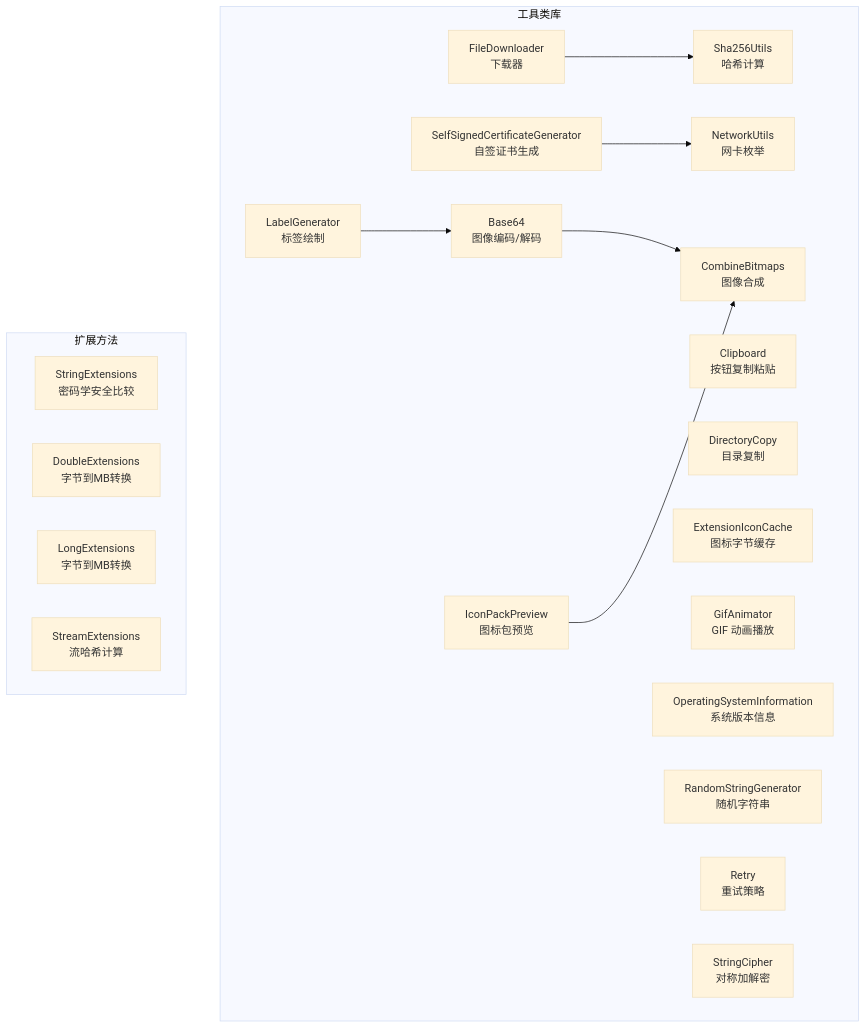
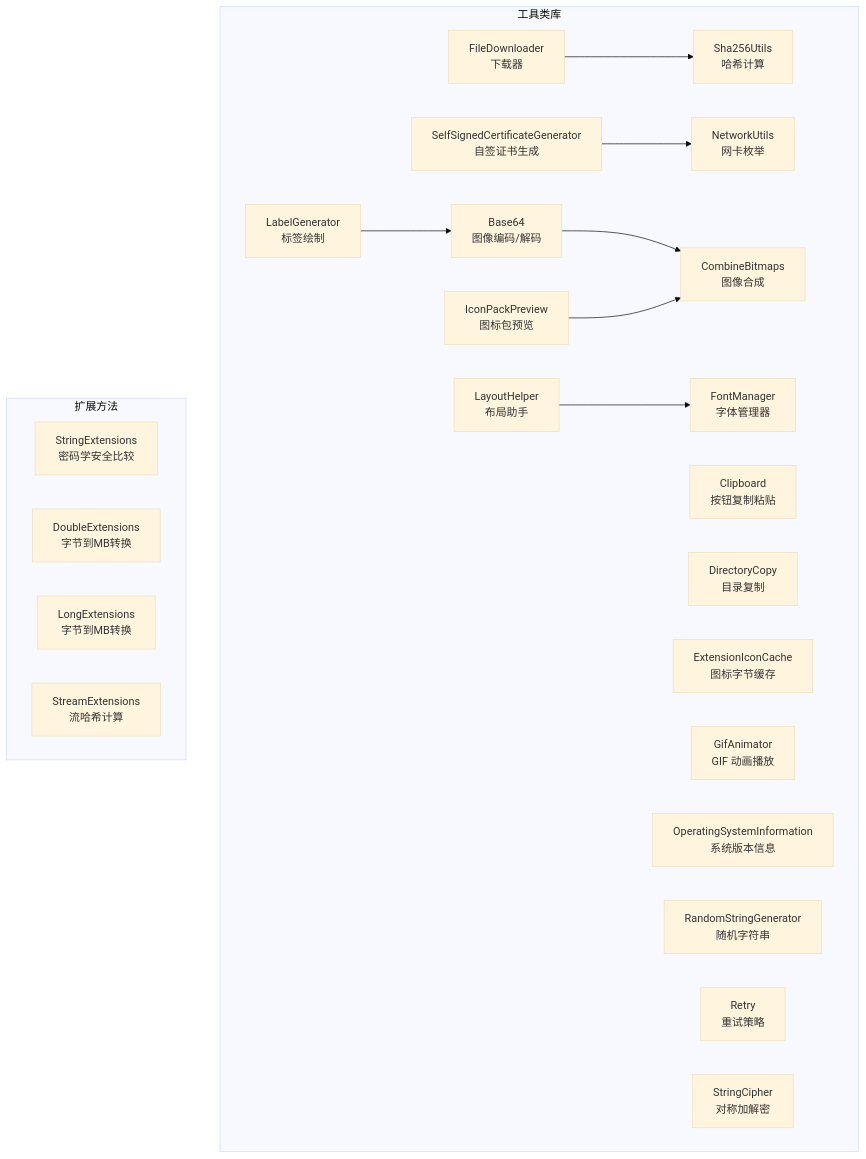
The first of 19 diagrams in .qoder/repowiki/zh/content/工具类库/工具类库.md (tea4go/Macro-Deck), drawn with Mermaid (base theme) before and after one commit. The commit also changed other lines of this file and 63 other files, not shown here.

````diff
--- a/.qoder/repowiki/zh/content/工具类库/工具类库.md
+++ b/.qoder/repowiki/zh/content/工具类库/工具类库.md
@@ -58,32 +67,35 @@
 ```mermaid
 graph TB
 subgraph "工具类库"
 U1["Base64<br/>图像编码/解码"]
 U2["Clipboard<br/>按钮复制粘贴"]
 U3["CombineBitmaps<br/>图像合成"]
 U4["DirectoryCopy<br/>目录复制"]
 U5["ExtensionIconCache<br/>图标字节缓存"]
 U6["FileDownloader<br/>下载器"]
 U7["GifAnimator<br/>GIF 动画播放"]
 U8["IconPackPreview<br/>图标包预览"]
 U9["LabelGenerator<br/>标签绘制"]
 U10["NetworkUtils<br/>网卡枚举"]
 U11["OperatingSystemInformation<br/>系统版本信息"]
 U12["RandomStringGenerator<br/>随机字符串"]
 U13["Retry<br/>重试策略"]
 U14["SelfSignedCertificateGenerator<br/>自签证书生成"]
 U15["Sha256Utils<br/>哈希计算"]
 U16["StringCipher<br/>对称加解密"]
+U17["LayoutHelper<br/>布局助手"]
+U18["FontManager<br/>字体管理器"]
 end
 subgraph "扩展方法"
 E1["StringExtensions<br/>密码学安全比较"]
 E2["DoubleExtensions<br/>字节到MB转换"]
 E3["LongExtensions<br/>字节到MB转换"]
 E4["StreamExtensions<br/>流哈希计算"]
 end
 U6 --> U15
 U14 --> U10
 U1 --> U3
 U8 --> U3
 U9 --> U1
+U17 --> U18
 ```
````
